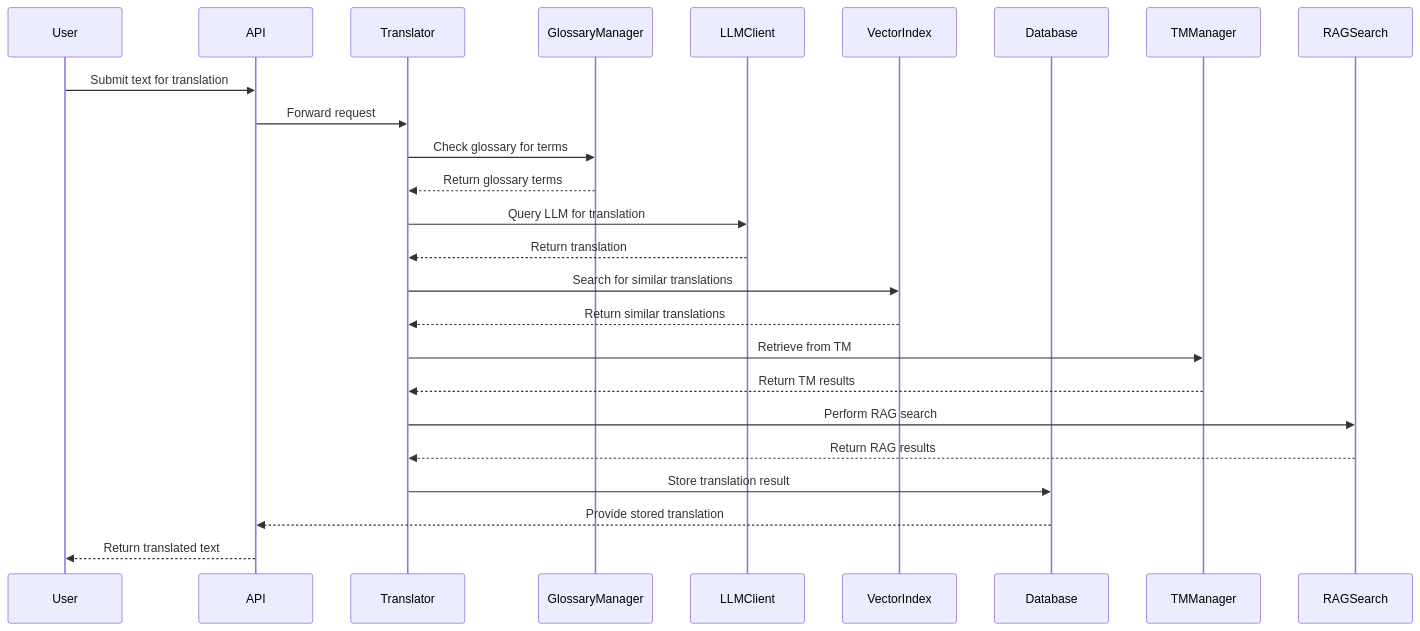
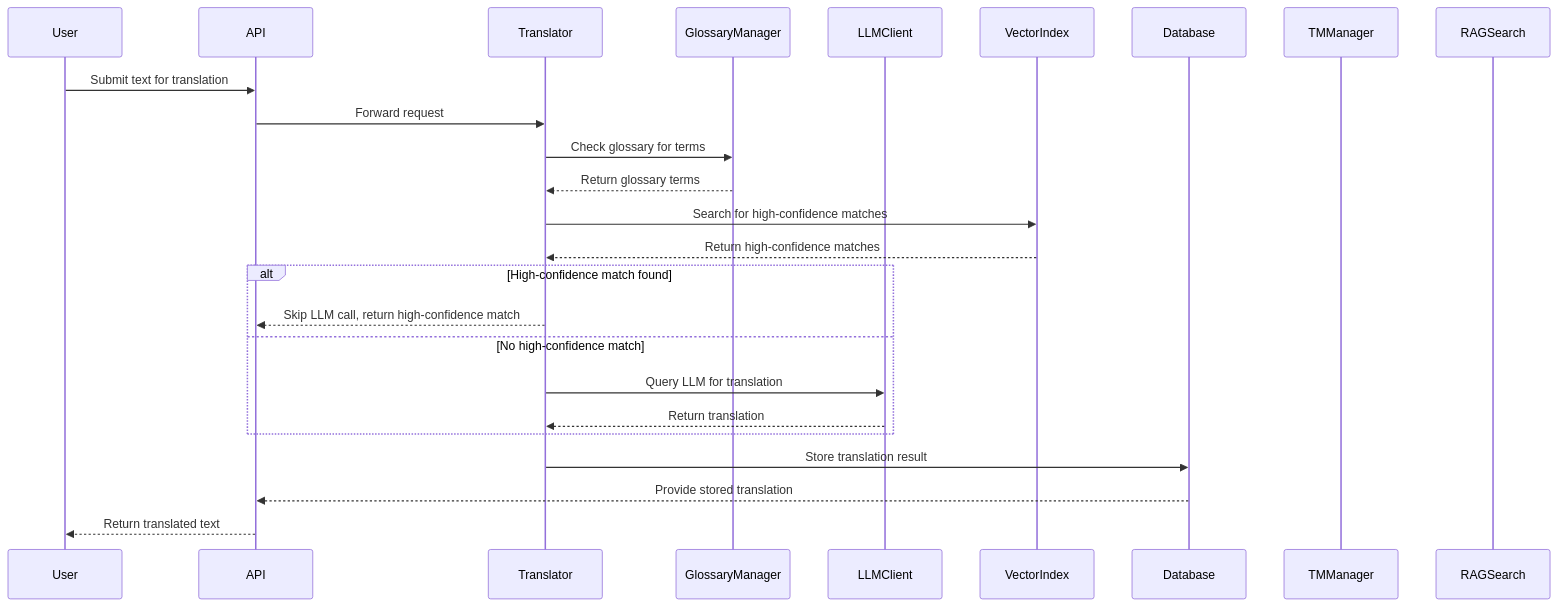
One commit to amrabouelenin/moc_ai_translation changed the diagram in translation_sequence.md. Above: the diagram before and after it, drawn with Mermaid. The commit also changed 10 other files, not shown here.

Commit message:
update diagrams

````diff
--- a/translation_sequence.md
+++ b/translation_sequence.md
@@ -1,28 +1,28 @@
 ```mermaid
 sequenceDiagram
     participant User
     participant API
     participant Translator
     participant GlossaryManager
     participant LLMClient
     participant VectorIndex
     participant Database
     participant TMManager
     participant RAGSearch
 
     User->>API: Submit text for translation
     API->>Translator: Forward request
     Translator->>GlossaryManager: Check glossary for terms
     GlossaryManager-->>Translator: Return glossary terms
-    Translator->>LLMClient: Query LLM for translation
-    LLMClient-->>Translator: Return translation
-    Translator->>VectorIndex: Search for similar translations
-    VectorIndex-->>Translator: Return similar translations
-    Translator->>TMManager: Retrieve from TM
-    TMManager-->>Translator: Return TM results
-    Translator->>RAGSearch: Perform RAG search
-    RAGSearch-->>Translator: Return RAG results
+    Translator->>VectorIndex: Search for high-confidence matches
+    VectorIndex-->>Translator: Return high-confidence matches
+    alt High-confidence match found
+        Translator-->>API: Skip LLM call, return high-confidence match
+    else No high-confidence match
+        Translator->>LLMClient: Query LLM for translation
+        LLMClient-->>Translator: Return translation
+    end
     Translator->>Database: Store translation result
     Database-->>API: Provide stored translation
     API-->>User: Return translated text
 ```
````
